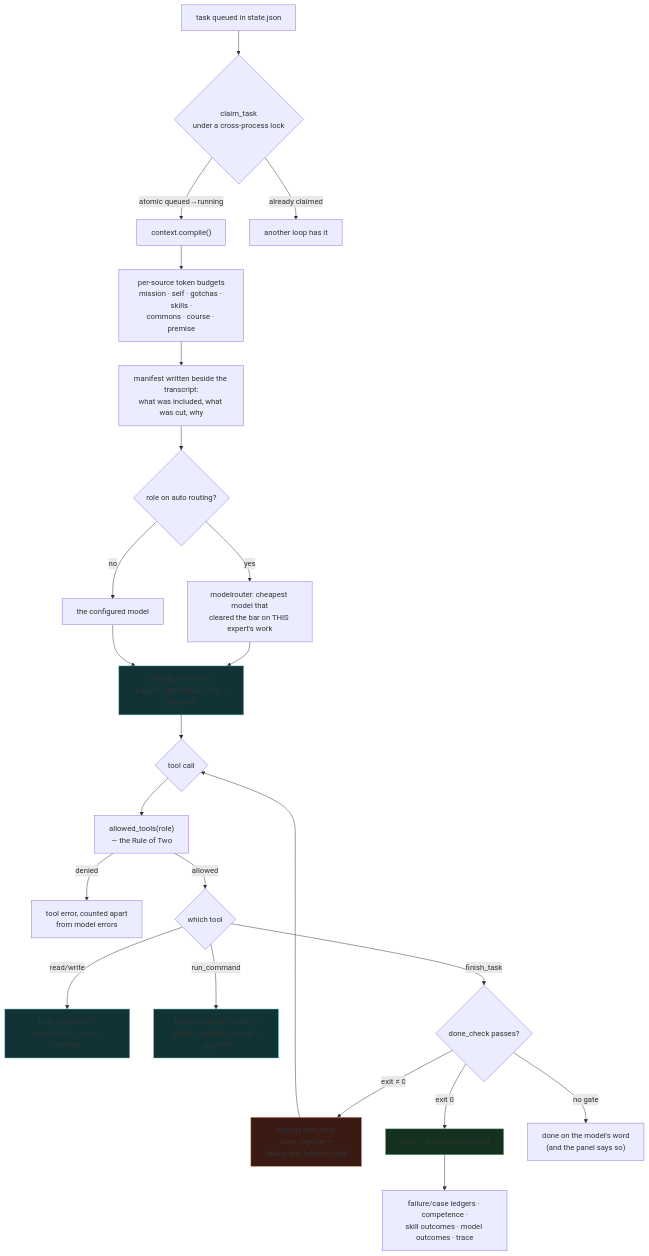
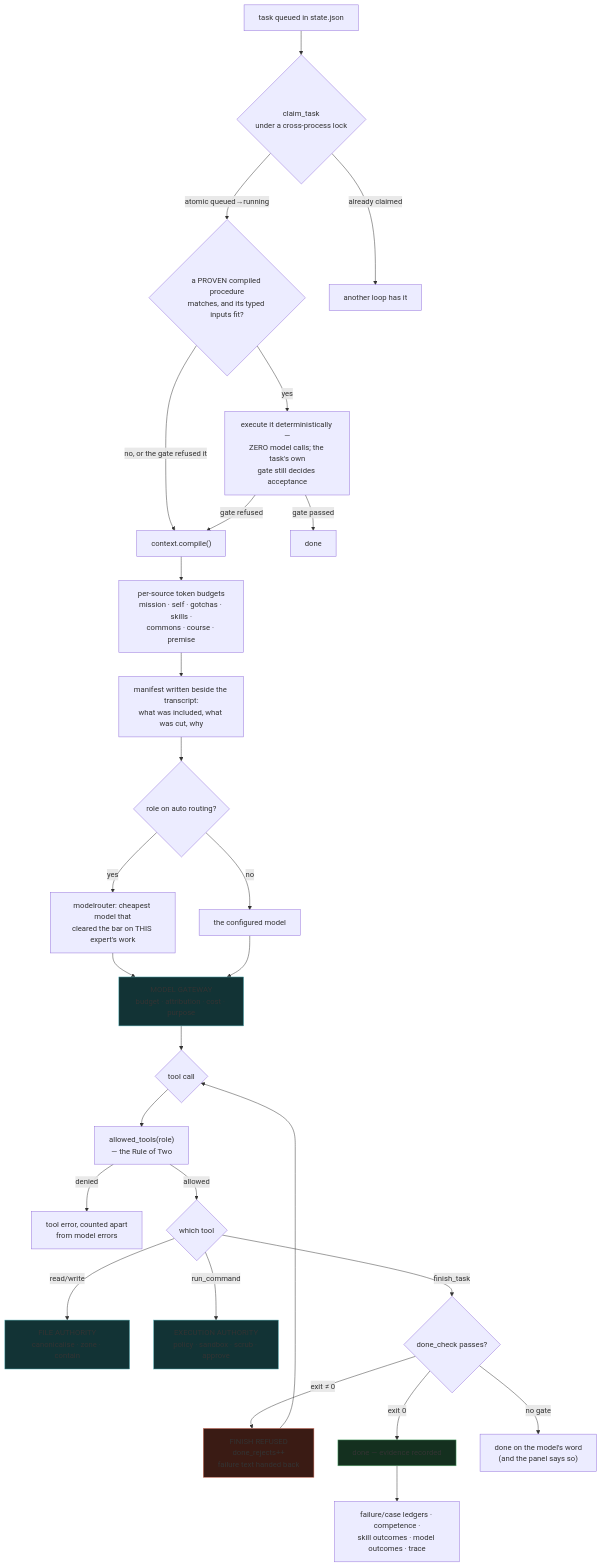
The first of 2 diagrams in ARCHITECTURE.md (lilianneromano0205-coder/self-learning-24.7-agent), drawn with Mermaid before and after one commit. The commit also changed other lines of this file and 12 other files, not shown here.

````diff
--- a/ARCHITECTURE.md
+++ b/ARCHITECTURE.md
@@ -340,36 +340,40 @@
 ```mermaid
 flowchart TD
     Q["task queued in state.json"] --> C{"claim_task<br/>under a cross-process lock"}
-    C -->|"atomic queued→running"| CTX["context.compile()"]
+    C -->|"atomic queued→running"| PROC{"a PROVEN compiled procedure<br/>matches, and its typed inputs fit?"}
     C -->|"already claimed"| SKIP["another loop has it"]
+    PROC -->|yes| DET["execute it deterministically —<br/>ZERO model calls; the task's own<br/>gate still decides acceptance"]
+    PROC -->|"no, or the gate refused it"| CTX["context.compile()"]
+    DET -->|gate passed| DONE2["done"]
+    DET -->|gate refused| CTX
 
     CTX --> M1["per-source token budgets<br/>mission · self · gotchas · skills ·<br/>commons · course · premise"]
     M1 --> M2["manifest written beside the transcript:<br/>what was included, what was cut, why"]
     M2 --> ROUTE{"role on auto routing?"}
     ROUTE -->|yes| RT["modelrouter: cheapest model that<br/>cleared the bar on THIS expert's work"]
     ROUTE -->|no| ST["the configured model"]
     RT --> CALL
     ST --> CALL["MODEL GATEWAY<br/>budget · attribution · cost · purpose"]
 
     CALL --> TOOL{"tool call"}
     TOOL --> AT["allowed_tools(role)<br/>— the Rule of Two"]
     AT -->|denied| TERR["tool error, counted apart<br/>from model errors"]
     AT -->|allowed| EXEC{"which tool"}
 
     EXEC -->|read/write| FA["FILE AUTHORITY<br/>canonicalise · zone · contain"]
     EXEC -->|run_command| EA["EXECUTION AUTHORITY<br/>policy · sandbox · scrub · approve"]
     EXEC -->|finish_task| GATE{"done_check passes?"}
 
     GATE -->|"exit ≠ 0"| REFUSE["FINISH REFUSED<br/>done_rejects++<br/>failure text handed back"]
     REFUSE --> TOOL
     GATE -->|"exit 0"| DONE["done — evidence recorded"]
     GATE -->|"no gate"| CLAIM["done on the model's word<br/>(and the panel says so)"]
 
     DONE --> AFTER["failure/case ledgers · competence ·<br/>skill outcomes · model outcomes · trace"]
 
     style REFUSE fill:#3A1B14,stroke:#D97A66
     style DONE fill:#14301F,stroke:#5FB877
     style EA fill:#123335,stroke:#5FB8BE
     style FA fill:#123335,stroke:#5FB8BE
     style CALL fill:#123335,stroke:#5FB8BE
 ```
````
